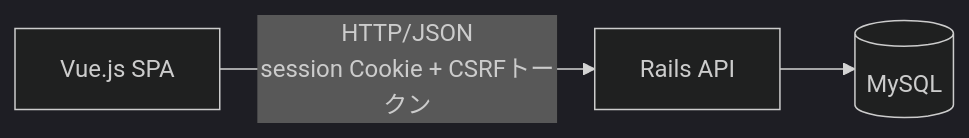
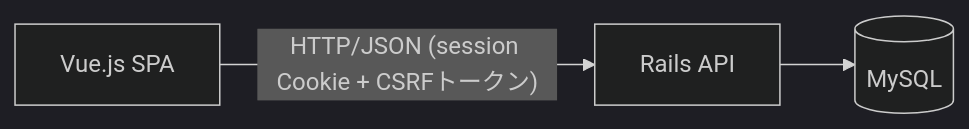
The diagram in README.md (chisato-hira/inquiry-management), drawn with Mermaid (dark theme) before and after one commit.

Commit message:
fix: READMEのmermaid図がレンダリングされない不具合を修正する

````diff
--- a/README.md
+++ b/README.md
@@ -78,5 +78,5 @@
 ```mermaid
 graph LR
-    A[Vue.js SPA] -->|HTTP/JSON<br/>session Cookie + CSRFトークン| B[Rails API]
+    A[Vue.js SPA] -->|"HTTP/JSON (session Cookie + CSRFトークン)"| B[Rails API]
     B --> C[(MySQL)]
 ```
````
